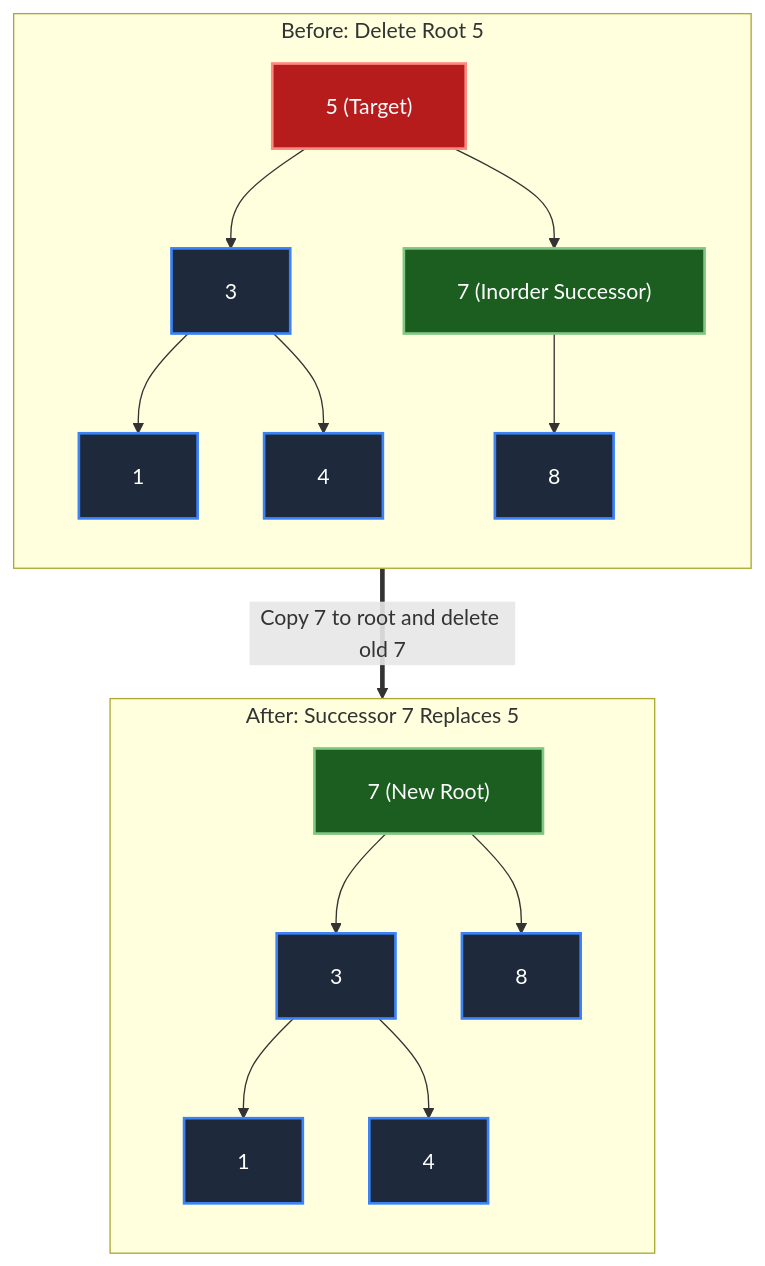
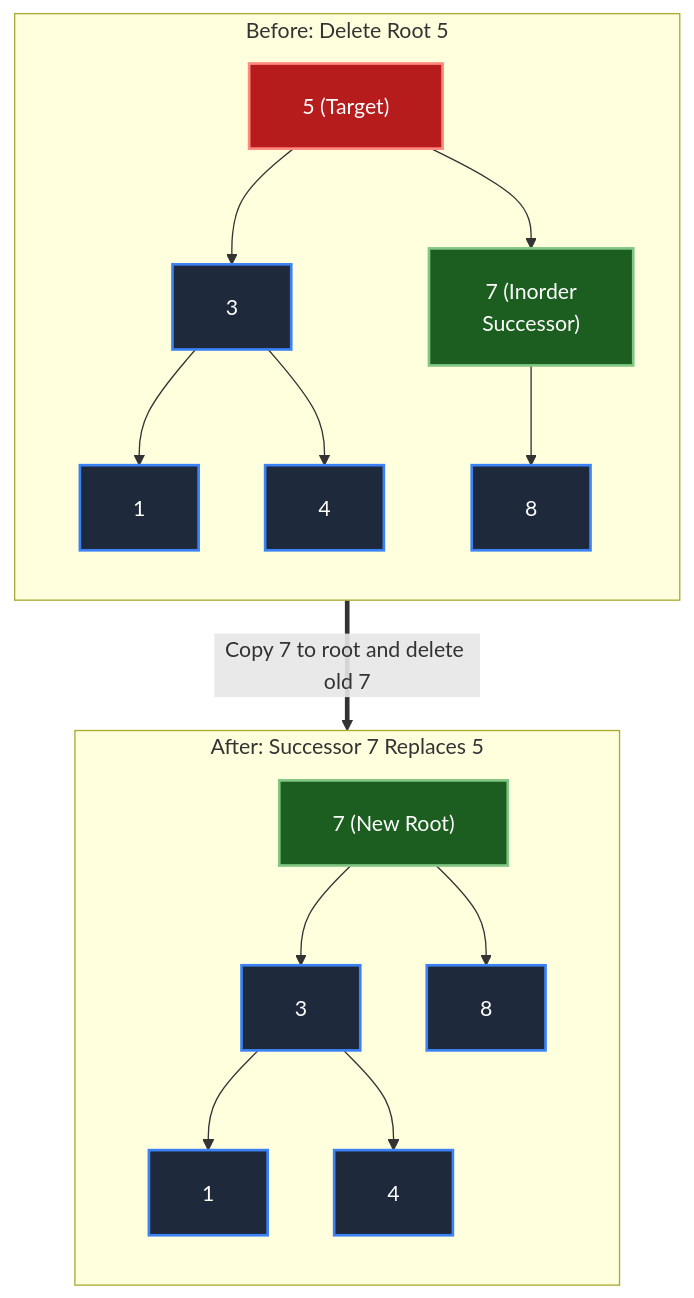
One commit to dip4k/DSA_102 changed diagram 11 of 20 in week_07_trees_and_balanced_search_trees/WEEK_07_FULL_PLAYBOOK.md. Above: the diagram before and after it, drawn with Mermaid. The commit also changed other lines of this file and 106 other files, not shown here.

First line of the commit message:
fix(mermaid): prevent text clipping with foreignObject overflow and tighter line wrapping

````diff
--- a/week_07_trees_and_balanced_search_trees/WEEK_07_FULL_PLAYBOOK.md
+++ b/week_07_trees_and_balanced_search_trees/WEEK_07_FULL_PLAYBOOK.md
@@ -674,24 +674,24 @@
 ```mermaid
-%%{init: {"flowchart": {"htmlLabels": true, "padding": 20}}}%%
+%%{init: {"flowchart": {"htmlLabels": true, "padding": 20}, "themeCSS": "foreignObject { overflow: visible !important; }"}}%%
 flowchart TD
     subgraph C3Before["Before: Delete Root 5"]
         direction TB
         B5_3["5 (Target)"]:::deletedNode --> B3_3["3"]
-        B5_3 --> B7_3["7 (Inorder Successor)"]:::promotedNode
+        B5_3 --> B7_3["7 (Inorder<br/>Successor)"]:::promotedNode
         B3_3 --> B1_3["1"]
         B3_3 --> B4_3["4"]
         B7_3 --> B8_3["8"]
     end
     subgraph C3After["After: Successor 7 Replaces 5"]
         direction TB
         A7_3["7 (New Root)"]:::promotedNode --> A3_3["3"]
         A7_3 --> A8_3["8"]
         A3_3 --> A1_3["1"]
         A3_3 --> A4_3["4"]
     end
     C3Before ==>|"Copy 7 to root and delete old 7"| C3After
 
     classDef deletedNode fill:#b71c1c,stroke:#ff8a80,stroke-width:2px,color:#ffffff
     classDef promotedNode fill:#1b5e20,stroke:#81c784,stroke-width:2px,color:#ffffff
     classDef default fill:#1e293b,stroke:#3b82f6,stroke-width:2px,color:#ffffff
 ```
````
